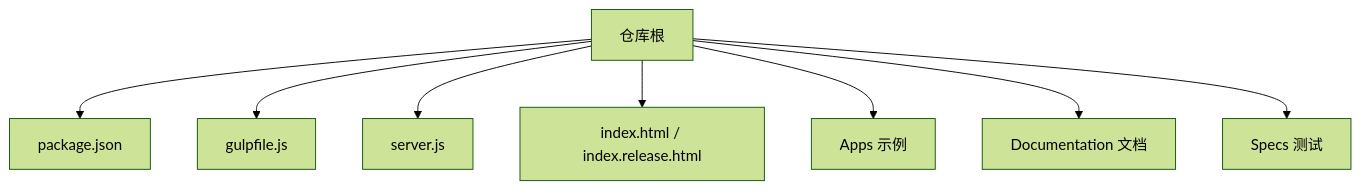
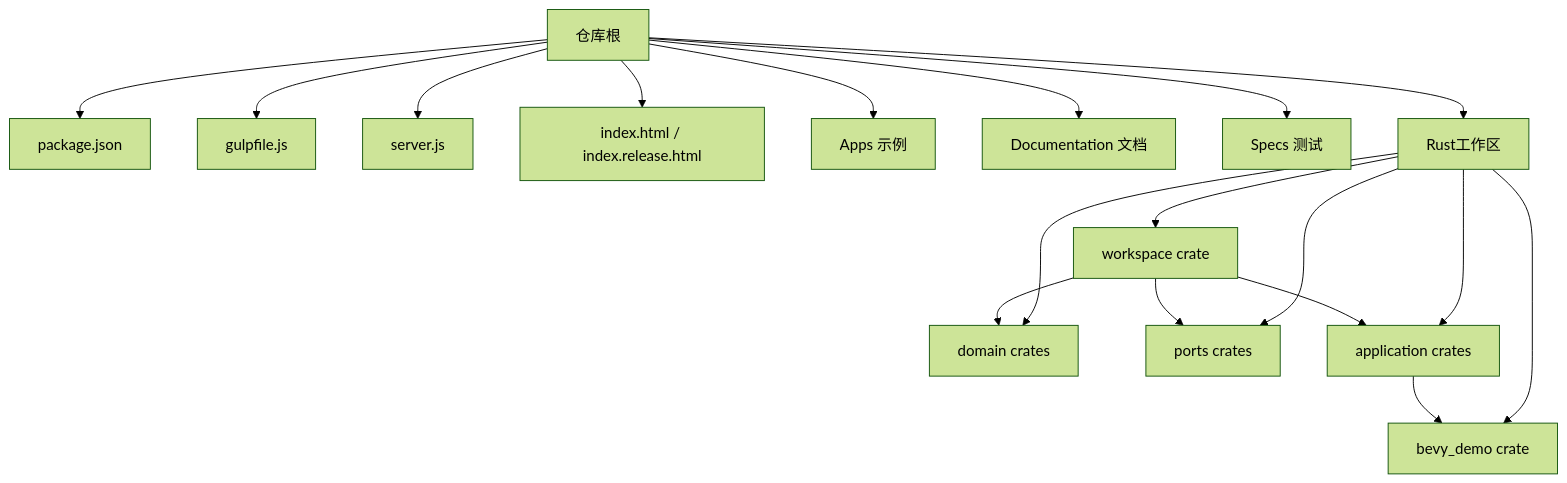
The sixth of 6 diagrams in .qoder/repowiki/zh/content/核心概念/核心概念.md (rzhangjing/cesium), drawn with Mermaid (forest theme) before and after one commit. The commit also changed other lines of this file and 100 other files, not shown here.

````diff
--- a/.qoder/repowiki/zh/content/核心概念/核心概念.md
+++ b/.qoder/repowiki/zh/content/核心概念/核心概念.md
@@ -290,10 +392,20 @@
 ```mermaid
 graph TB
 Root["仓库根"] --> Pkg["package.json"]
 Root --> Gulp["gulpfile.js"]
 Root --> Server["server.js"]
 Root --> Index["index.html / index.release.html"]
 Root --> Apps["Apps 示例"]
 Root --> Docs["Documentation 文档"]
 Root --> Specs["Specs 测试"]
+Root --> RustWorkspace["Rust工作区"]
+RustWorkspace --> Workspace["workspace crate"]
+RustWorkspace --> BevyDemo["bevy_demo crate"]
+RustWorkspace --> Domain["domain crates"]
+RustWorkspace --> Ports["ports crates"]
+RustWorkspace --> Application["application crates"]
+Workspace --> Domain
+Workspace --> Ports
+Workspace --> Application
+Application --> BevyDemo
 ```
````
